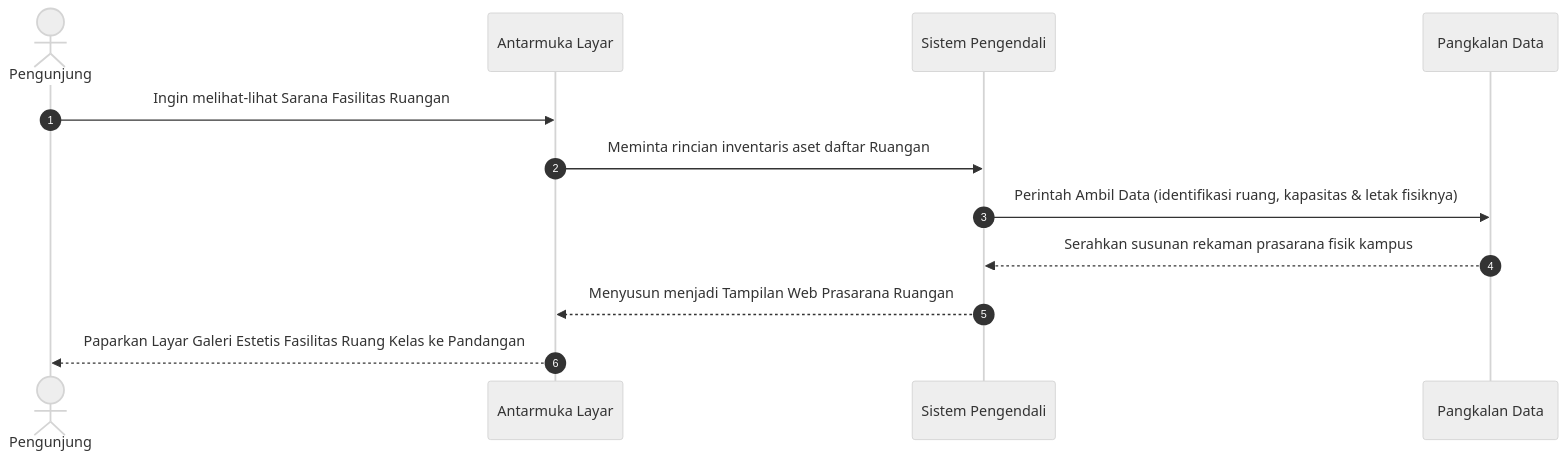
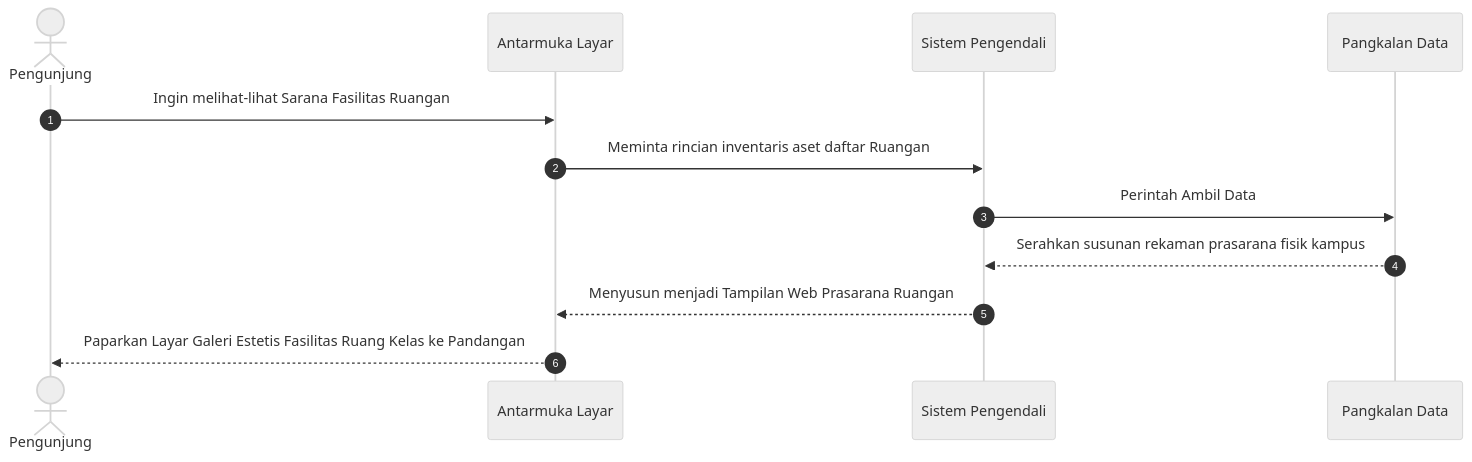
Before and after one commit to arbain-dev/Web_fikom: the tenth of 39 diagrams in docs/02_DIAGRAM_URUTAN_SEQUENCE.md, drawn with Mermaid (neutral theme). The commit also changed other lines of this file, not shown here.

````diff
--- a/docs/02_DIAGRAM_URUTAN_SEQUENCE.md
+++ b/docs/02_DIAGRAM_URUTAN_SEQUENCE.md
@@ -244,17 +244,17 @@
 ```mermaid
 sequenceDiagram
     autonumber
     actor User as Pengunjung
     participant Frontend as Antarmuka Layar
     participant Backend as Sistem Pengendali
     participant Database as Pangkalan Data
 
     User->>Frontend: Ingin melihat-lihat Sarana Fasilitas Ruangan
     Frontend->>Backend: Meminta rincian inventaris aset daftar Ruangan
     
-    Backend->>Database: Perintah Ambil Data (identifikasi ruang, kapasitas & letak fisiknya)
+    Backend->>Database: Perintah Ambil Data
     Database-->>Backend: Serahkan susunan rekaman prasarana fisik kampus
     
     Backend-->>Frontend: Menyusun menjadi Tampilan Web Prasarana Ruangan
     Frontend-->>User: Paparkan Layar Galeri Estetis Fasilitas Ruang Kelas ke Pandangan
 ```
````
